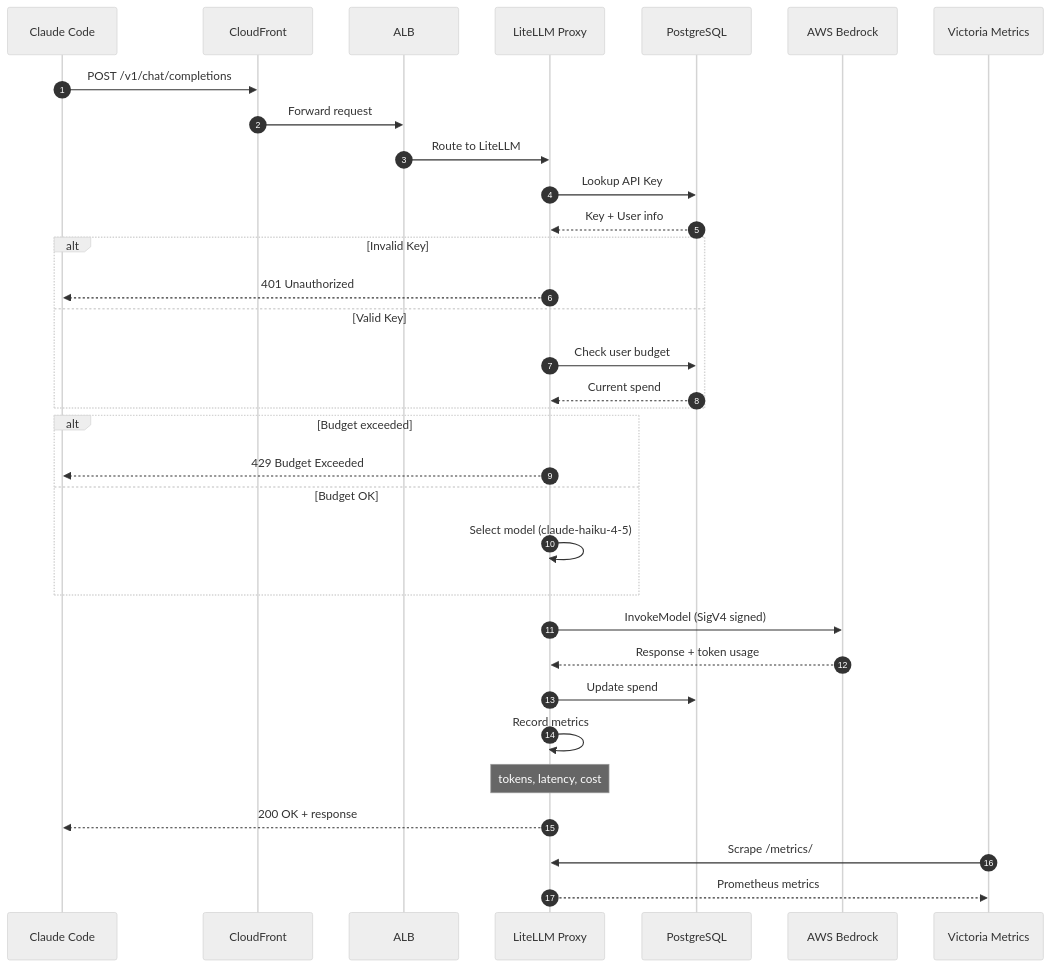
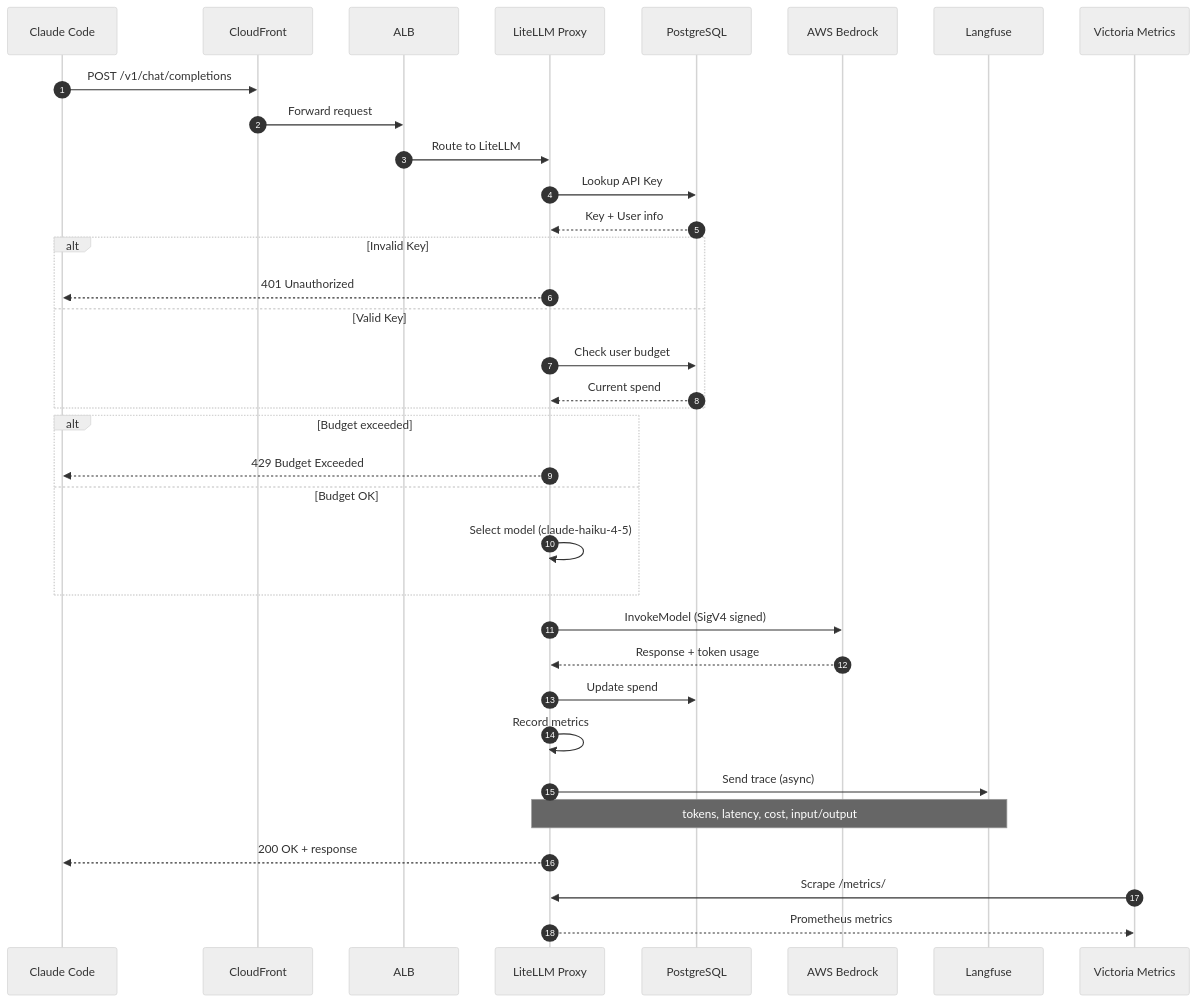
One commit to lorenzogirardi/gw_llm changed the fourth of 8 diagrams in docs/architecture/c4-architecture.md. Above: the diagram before and after it, drawn with Mermaid (neutral theme). The commit also changed other lines of this file and 1 other file, not shown here.

First line of the commit message:
docs: update architecture and user management documentation

````diff
--- a/docs/architecture/c4-architecture.md
+++ b/docs/architecture/c4-architecture.md
@@ -107,43 +115,45 @@
 ```mermaid
 sequenceDiagram
     autonumber
     participant Client as Claude Code
     participant CF as CloudFront
     participant ALB as ALB
     participant LiteLLM as LiteLLM Proxy
     participant PG as PostgreSQL
     participant Bedrock as AWS Bedrock
+    participant LF as Langfuse
     participant VM as Victoria Metrics
 
     Client->>CF: POST /v1/chat/completions
     CF->>ALB: Forward request
     ALB->>LiteLLM: Route to LiteLLM
 
     LiteLLM->>PG: Lookup API Key
     PG-->>LiteLLM: Key + User info
 
     alt Invalid Key
         LiteLLM-->>Client: 401 Unauthorized
     else Valid Key
         LiteLLM->>PG: Check user budget
         PG-->>LiteLLM: Current spend
     end
 
     alt Budget exceeded
         LiteLLM-->>Client: 429 Budget Exceeded
     else Budget OK
         LiteLLM->>LiteLLM: Select model (claude-haiku-4-5)
     end
 
     LiteLLM->>Bedrock: InvokeModel (SigV4 signed)
     Bedrock-->>LiteLLM: Response + token usage
 
     LiteLLM->>PG: Update spend
     LiteLLM->>LiteLLM: Record metrics
-    Note over LiteLLM: tokens, latency, cost
+    LiteLLM->>LF: Send trace (async)
+    Note over LiteLLM,LF: tokens, latency, cost, input/output
 
     LiteLLM-->>Client: 200 OK + response
 
     VM->>LiteLLM: Scrape /metrics/
     LiteLLM-->>VM: Prometheus metrics
 ```
````
